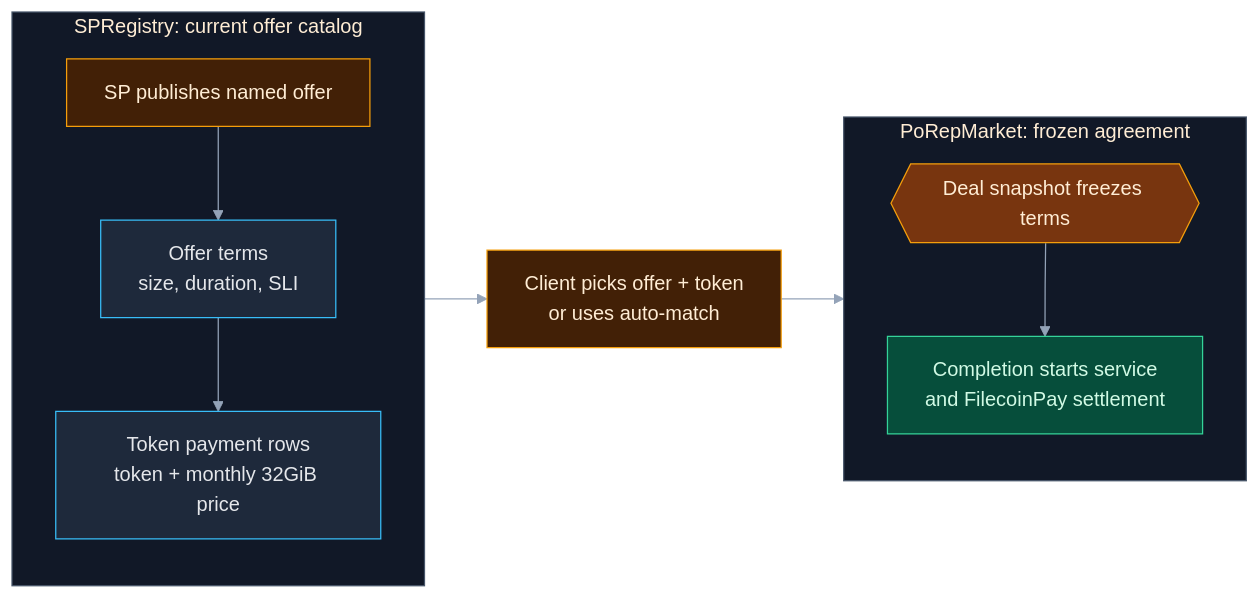
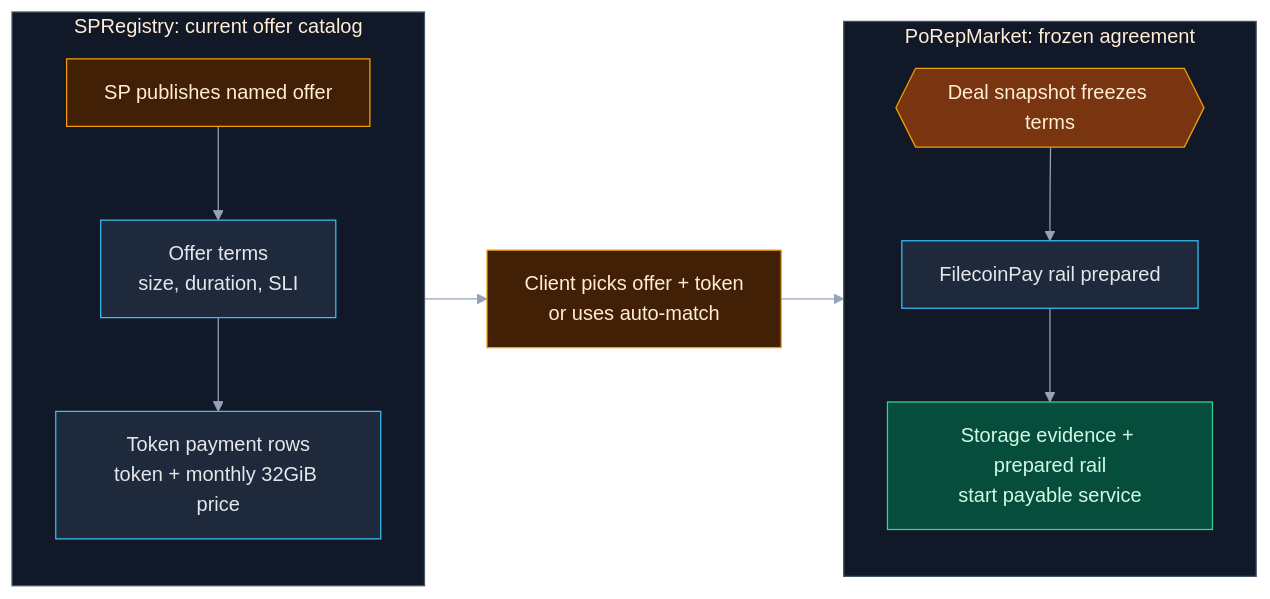
Before and after one commit to fidlabs/porep-market: the first of 2 diagrams in docs/specs/porep-v2-architecture-diagrams.md, drawn with Mermaid. The commit also changed other lines of this file and 11 other files, not shown here.

````diff
--- a/docs/specs/porep-v2-architecture-diagrams.md
+++ b/docs/specs/porep-v2-architecture-diagrams.md
@@ -10,33 +15,34 @@
 ```mermaid
 %%{init: {"theme": "base", "themeVariables": {"background": "#0f172a", "mainBkg": "#1e293b", "primaryColor": "#1e293b", "primaryTextColor": "#e5e7eb", "primaryBorderColor": "#38bdf8", "lineColor": "#94a3b8", "secondaryColor": "#064e3b", "secondaryTextColor": "#d1fae5", "secondaryBorderColor": "#34d399", "tertiaryColor": "#422006", "tertiaryTextColor": "#ffedd5", "tertiaryBorderColor": "#f59e0b", "clusterBkg": "#111827", "clusterBorder": "#475569", "edgeLabelBackground": "#0f172a", "fontFamily": "ui-monospace, SFMono-Regular, Menlo, Monaco, Consolas, monospace"}}}%%
 flowchart LR
     sp["SP publishes named offer"]
     terms["Offer terms<br/>size, duration, SLI"]
     tokens["Token payment rows<br/>token + monthly 32GiB price"]
     client["Client picks offer + token<br/>or uses auto-match"]
     freeze{{"Deal snapshot freezes terms"}}
-    service["Completion starts service<br/>and FilecoinPay settlement"]
+    rail["FilecoinPay rail prepared"]
+    service["Storage evidence + prepared rail<br/>start payable service"]
 
     subgraph registry["SPRegistry: current offer catalog"]
         direction TB
         sp --> terms
         terms --> tokens
     end
 
     subgraph market["PoRepMarket: frozen agreement"]
         direction TB
-        freeze --> service
+        freeze --> rail --> service
     end
 
     tokens --> client --> freeze
 
     classDef actor fill:#422006,stroke:#f59e0b,color:#ffedd5
     classDef registry fill:#1e293b,stroke:#38bdf8,color:#e5e7eb
     classDef frozen fill:#064e3b,stroke:#34d399,color:#d1fae5
     classDef freeze fill:#78350f,stroke:#f59e0b,color:#ffedd5
 
     class sp,client actor
     class terms,tokens registry
     class freeze freeze
     class service frozen
 ```
````
